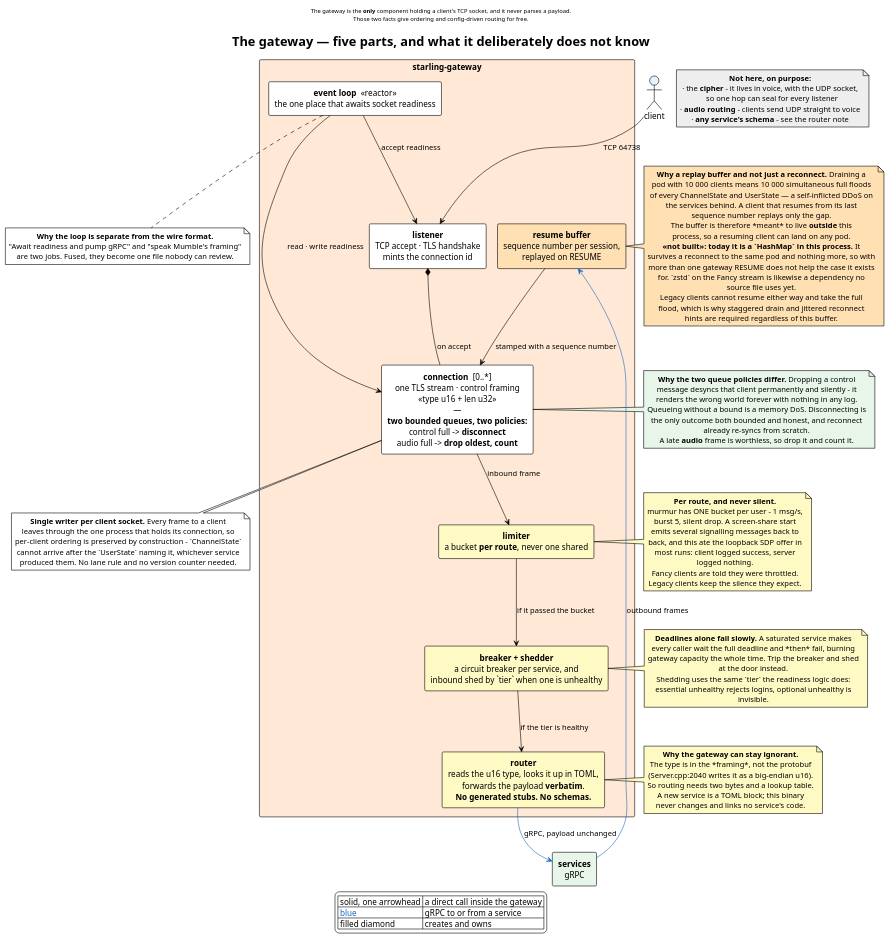
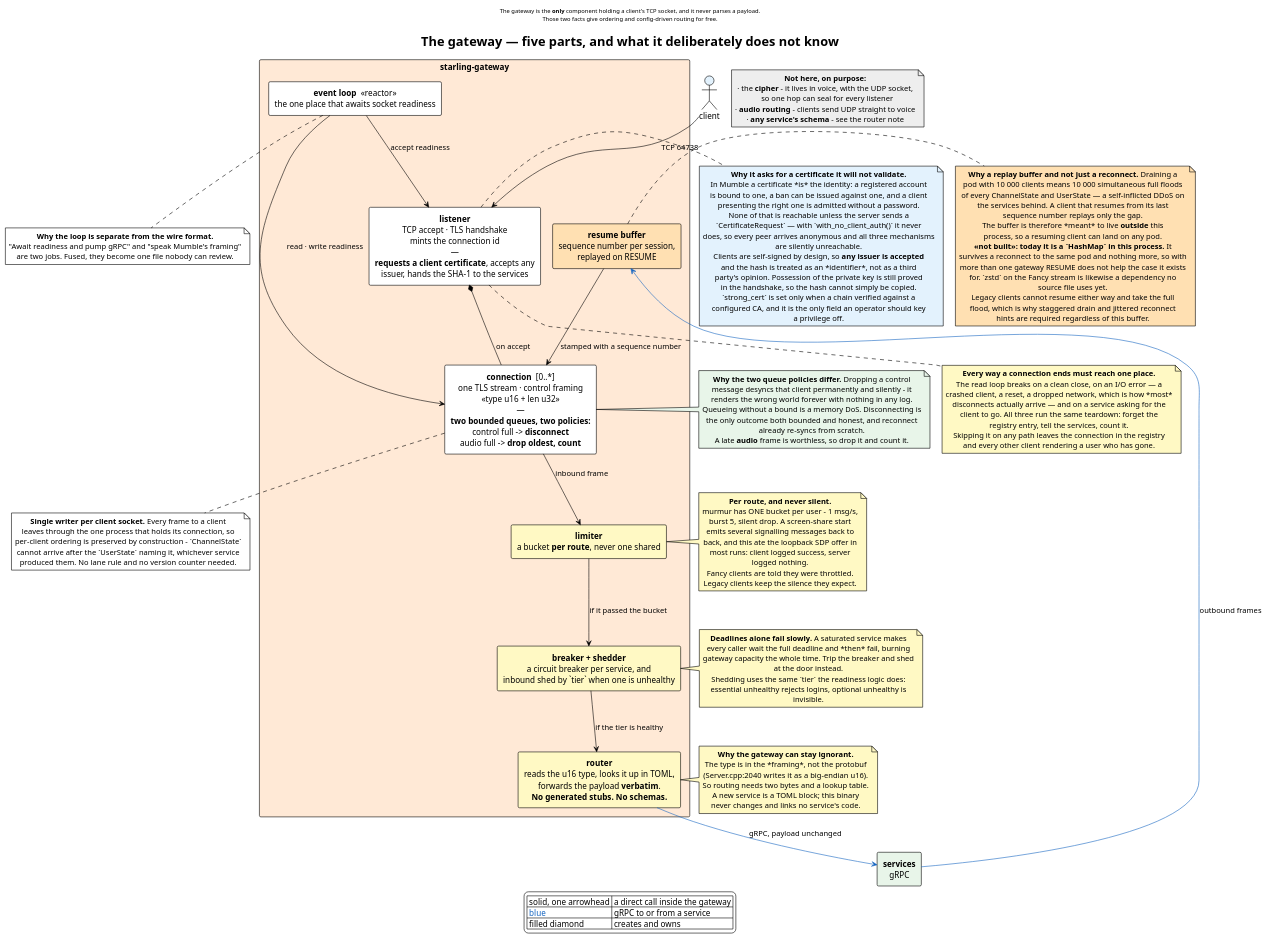
One commit to Fancy-Mumble/starling changed the diagram in docs/diagrams/gateway-internals.puml. Above: the diagram before and after it, drawn with PlantUML. The commit also changed 4 other files, not shown here.

```diff
--- a/docs/diagrams/gateway-internals.puml
+++ b/docs/diagrams/gateway-internals.puml
@@ -1,128 +1,157 @@
 @startuml gateway-internals
 !theme plain
 skinparam componentStyle rectangle
 skinparam shadowing false
 skinparam nodesep 20
 skinparam ranksep 48
 skinparam defaultTextAlignment center
 skinparam packageStyle rectangle
 
 title The gateway — five parts, and what it deliberately does not know
 
 header
 The gateway is the <b>only</b> component holding a client's TCP socket, and it never parses a payload.
 Those two facts give ordering and config-driven routing for free.
 endheader
 
 actor "client" as client #E3F2FD
 component "**services**\ngRPC" as svc #E8F5E9
 
 package "starling-gateway" as GW #FFE9D6 {
   component "**event loop**  «reactor»\nthe one place that awaits socket readiness" as loop #FFFFFF
-  component "**listener**\nTCP accept · TLS handshake\nmints the connection id" as listener #FFFFFF
+  component "**listener**\nTCP accept · TLS handshake\nmints the connection id\n—\n**requests a client certificate**, accepts any\nissuer, hands the SHA-1 to the services" as listener #FFFFFF
   component "**connection**  [0..*]\none TLS stream · control framing\n«type u16 + len u32»\n—\n**two bounded queues, two policies:**\ncontrol full -> **disconnect**\naudio full -> **drop oldest, count**" as conn #FFFFFF
   component "**router**\nreads the u16 type, looks it up in TOML,\nforwards the payload **verbatim**.\n**No generated stubs. No schemas.**" as router #FFF9C4
   component "**limiter**\na bucket **per route**, never one shared" as lim #FFF9C4
   component "**breaker + shedder**\na circuit breaker per service, and\ninbound shed by `tier` when one is unhealthy" as brk #FFF9C4
   component "**resume buffer**\nsequence number per session,\nreplayed on RESUME" as res #FFE0B2
 }
 
 client -down-> listener : TCP 64738
 listener *-- conn : on accept
 loop --> listener : accept readiness
 loop --> conn : read · write readiness
 conn --> lim : inbound frame
 lim --> brk : if it passed the bucket
 brk --> router : if the tier is healthy
 router -[#1565C0]-> svc : gRPC, payload unchanged
 svc -[#1565C0]-> res : outbound frames
 res --> conn : stamped with a sequence number
 
 note right of brk #FFF9C4
   **Deadlines alone fail slowly.** A saturated service makes
   every caller wait the full deadline and *then* fail, burning
   gateway capacity the whole time. Trip the breaker and shed
   at the door instead.
   Shedding uses the same `tier` the readiness logic does:
   essential unhealthy rejects logins, optional unhealthy is
   invisible.
 end note
 
 note right of res #FFE0B2
   **Why a replay buffer and not just a reconnect.** Draining a
   pod with 10 000 clients means 10 000 simultaneous full floods
   of every ChannelState and UserState — a self-inflicted DDoS on
   the services behind. A client that resumes from its last
   sequence number replays only the gap.
   The buffer is therefore *meant* to live **outside** this
   process, so a resuming client can land on any pod.
   **«not built»: today it is a `HashMap` in this process.** It
   survives a reconnect to the same pod and nothing more, so with
   more than one gateway RESUME does not help the case it exists
   for. `zstd` on the Fancy stream is likewise a dependency no
   source file uses yet.
   Legacy clients cannot resume either way and take the full
   flood, which is why staggered drain and jittered reconnect
   hints are required regardless of this buffer.
 end note
 
 note right of router #FFF9C4
   **Why the gateway can stay ignorant.**
   The type is in the *framing*, not the protobuf
   (Server.cpp:2040 writes it as a big-endian u16).
   So routing needs two bytes and a lookup table.
   A new service is a TOML block; this binary
   never changes and links no service's code.
 end note
 
 note right of lim #FFF9C4
   **Per route, and never silent.**
   murmur has ONE bucket per user - 1 msg/s,
   burst 5, silent drop. A screen-share start
   emits several signalling messages back to
   back, and this ate the loopback SDP offer in
   most runs: client logged success, server
   logged nothing.
   Fancy clients are told they were throttled.
   Legacy clients keep the silence they expect.
 end note
 
 note bottom of conn
   **Single writer per client socket.** Every frame to a client
   leaves through the one process that holds its connection, so
   per-client ordering is preserved by construction - `ChannelState`
   cannot arrive after the `UserState` naming it, whichever service
   produced them. No lane rule and no version counter needed.
 end note
 
+note right of listener #E3F2FD
+  **Why it asks for a certificate it will not validate.**
+  In Mumble a certificate *is* the identity: a registered account
+  is bound to one, a ban can be issued against one, and a client
+  presenting the right one is admitted without a password.
+  None of that is reachable unless the server sends a
+  `CertificateRequest` — with `with_no_client_auth()` it never
+  does, so every peer arrives anonymous and all three mechanisms
+  are silently unreachable.
+  Clients are self-signed by design, so **any issuer is accepted**
+  and the hash is treated as an *identifier*, not as a third
+  party's opinion. Possession of the private key is still proved
+  in the handshake, so the hash cannot simply be copied.
+  `strong_cert` is set only when a chain verified against a
+  configured CA, and it is the only field an operator should key
+  a privilege off.
+end note
+
 note bottom of loop
   **Why the loop is separate from the wire format.**
   "Await readiness and pump gRPC" and "speak Mumble's framing"
   are two jobs. Fused, they become one file nobody can review.
+end note
+
+note bottom of listener #FFF9C4
+  **Every way a connection ends must reach one place.**
+  The read loop breaks on a clean close, on an I/O error — a
+  crashed client, a reset, a dropped network, which is how *most*
+  disconnects actually arrive — and on a service asking for the
+  client to go. All three run the same teardown: forget the
+  registry entry, tell the services, count it.
+  Skipping it on any path leaves the connection in the registry
+  and every other client rendering a user who has gone.
 end note
 
 note left of conn #E8F5E9
   **Why the two queue policies differ.** Dropping a control
   message desyncs that client permanently and silently - it
   renders the wrong world forever with nothing in any log.
   Queueing without a bound is a memory DoS. Disconnecting is
   the only outcome both bounded and honest, and reconnect
   already re-syncs from scratch.
   A late **audio** frame is worthless, so drop it and count it.
 end note
 
 note as N1 #EEEEEE
   **Not here, on purpose:**
   · the **cipher** - it lives in voice, with the UDP socket,
     so one hop can seal for every listener
   · **audio routing** - clients send UDP straight to voice
   · **any service's schema** - see the router note
 end note
 
 legend bottom
 | solid, one arrowhead | a direct call inside the gateway |
 | <color:#1565C0>blue</color> | gRPC to or from a service |
 | filled diamond | creates and owns |
 endlegend
 
 @enduml
```
